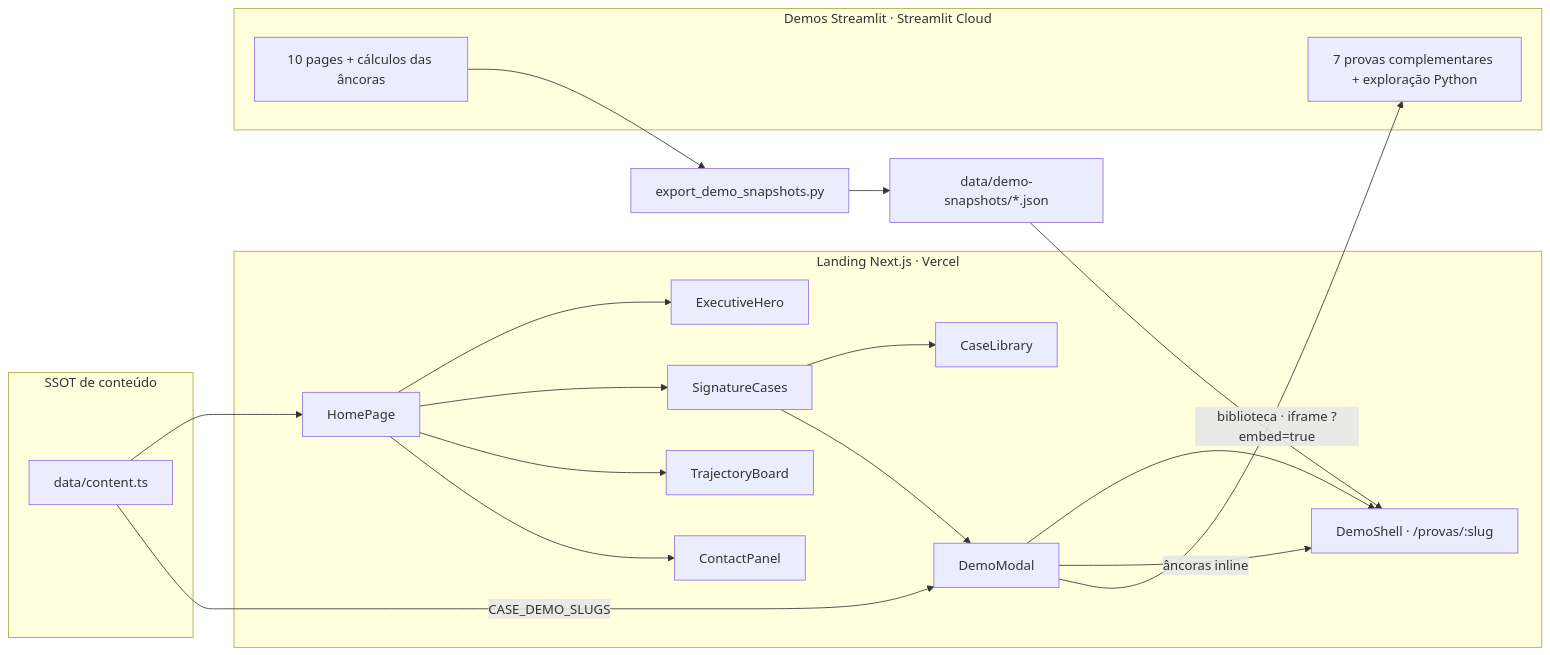
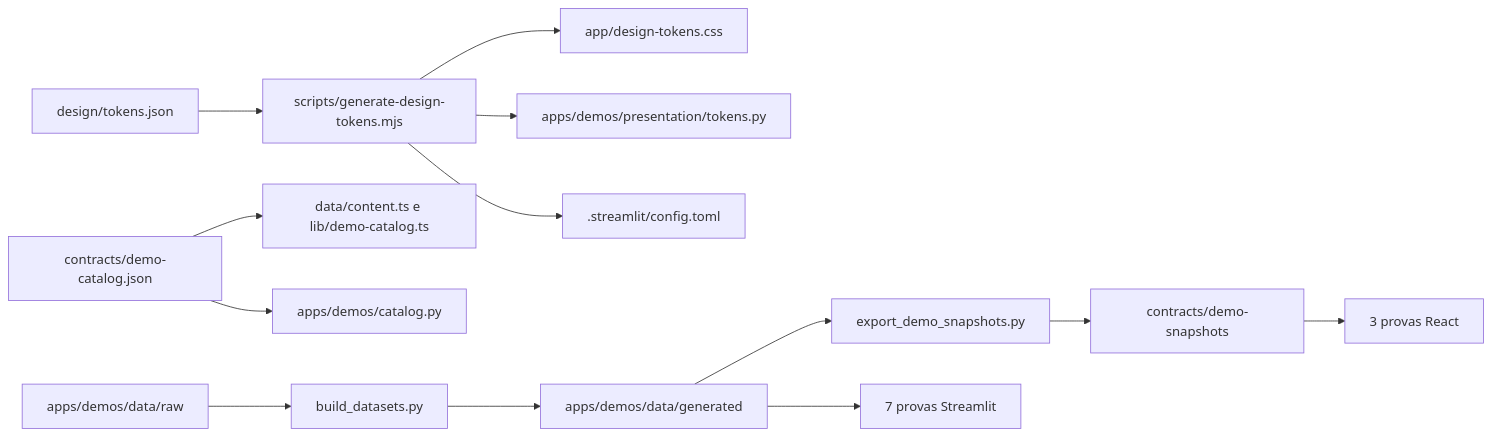
The diagram in docs/ARQUITETURA.md (lucasdevlogis-cpu/portfolio-lucas-batista), drawn with Mermaid before and after one commit. The commit also changed other lines of this file and 311 other files, not shown here.

````diff
--- a/docs/ARQUITETURA.md
+++ b/docs/ARQUITETURA.md
@@ -11,30 +39,17 @@
 ```mermaid
 flowchart LR
-  subgraph Landing["Landing Next.js · Vercel"]
-    HP[HomePage]
-    HP --> Hero[ExecutiveHero]
-    HP --> Cases[SignatureCases]
-    Cases --> Lib[CaseLibrary]
-    Cases --> Modal[DemoModal]
-    Modal --> Anchor[DemoShell · /provas/:slug]
-    HP --> Traj[TrajectoryBoard]
-    HP --> Contato[ContactPanel]
-  end
+  T[design/tokens.json] --> G[scripts/generate-design-tokens.mjs]
+  G --> CSS[app/design-tokens.css]
+  G --> PY[apps/demos/presentation/tokens.py]
+  G --> ST[.streamlit/config.toml]
 
-  subgraph Content["SSOT de conteúdo"]
-    CT[data/content.ts]
-  end
+  C[contracts/demo-catalog.json] --> NEXT[data/content.ts e lib/demo-catalog.ts]
+  C --> NAV[apps/demos/catalog.py]
 
-  subgraph Demos["Demos Streamlit · Streamlit Cloud"]
-    ST[7 provas complementares + exploração Python]
-    PY[10 pages + cálculos das âncoras]
-  end
-
-  CT --> HP
-  Modal -->|âncoras inline| Anchor
-  Modal -->|biblioteca · iframe ?embed=true| ST
-  PY --> Export[export_demo_snapshots.py]
-  Export --> Snap[data/demo-snapshots/*.json]
-  Snap --> Anchor
-  CT -->|CASE_DEMO_SLUGS| Modal
+  RAW[apps/demos/data/raw] --> BUILD[build_datasets.py]
+  BUILD --> DATA[apps/demos/data/generated]
+  DATA --> EXPORT[export_demo_snapshots.py]
+  EXPORT --> SNAP[contracts/demo-snapshots]
+  SNAP --> PROOFS[3 provas React]
+  DATA --> STREAMLIT[7 provas Streamlit]
 ```
````
